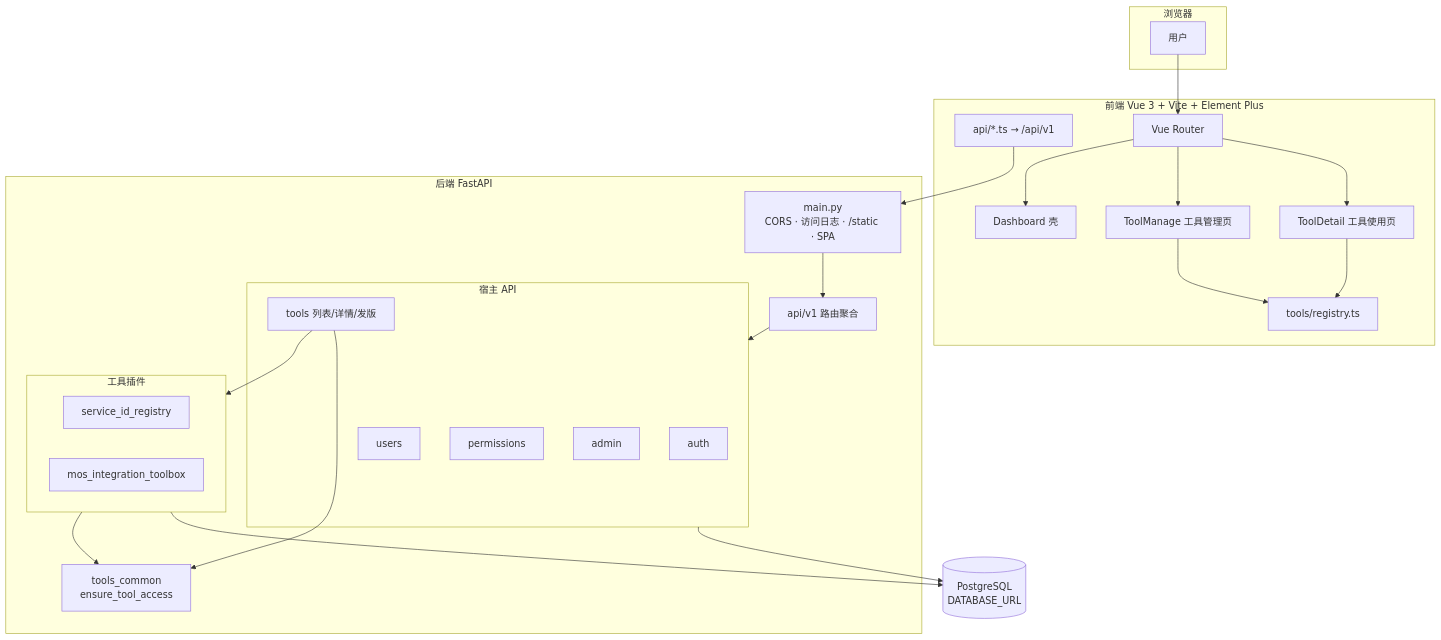
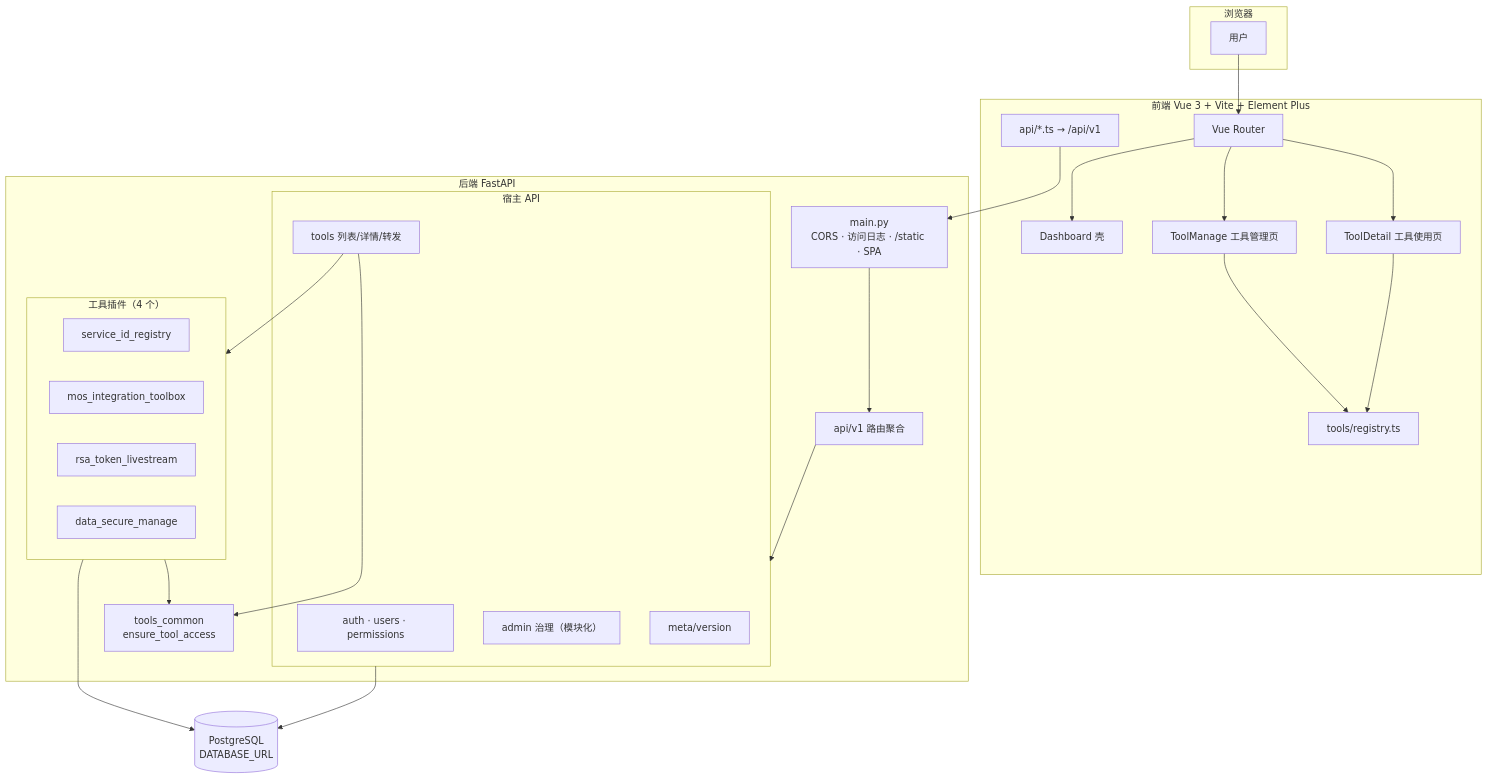
Before and after one commit to mjnn/Toolbox: the diagram in README.md, drawn with Mermaid. The commit also changed other lines of this file and 182 other files, not shown here.

````diff
--- a/README.md
+++ b/README.md
@@ -9,49 +26,50 @@
 ```mermaid
 flowchart TB
   subgraph Browser["浏览器"]
     U["用户"]
   end
 
   subgraph FE["前端 Vue 3 + Vite + Element Plus"]
     R["Vue Router"]
     D["Dashboard 壳"]
     TD["ToolDetail 工具使用页"]
     TM["ToolManage 工具管理页"]
     REG["tools/registry.ts"]
     APIF["api/*.ts → /api/v1"]
   end
 
   subgraph BE["后端 FastAPI"]
     M["main.py\nCORS · 访问日志 · /static · SPA"]
     AGG["api/v1 路由聚合"]
     subgraph HostAPI["宿主 API"]
-      AU["auth"]
-      US["users"]
-      TL["tools 列表/详情/发版"]
-      PM["permissions"]
-      AD["admin"]
+      AU["auth · users · permissions"]
+      TL["tools 列表/详情/转发"]
+      AD["admin 治理（模块化）"]
+      VM["meta/version"]
     end
     TC["tools_common\nensure_tool_access"]
-    subgraph Plugins["工具插件"]
+    subgraph Plugins["工具插件（4 个）"]
       P1["service_id_registry"]
       P2["mos_integration_toolbox"]
+      P3["rsa_token_livestream"]
+      P4["data_secure_manage"]
     end
   end
 
   PG[("PostgreSQL\nDATABASE_URL")]
 
   U --> R
   R --> D
   R --> TD
   R --> TM
   TD --> REG
   TM --> REG
   APIF --> M
   M --> AGG
   AGG --> HostAPI
   TL --> TC
   TL --> Plugins
   Plugins --> TC
   HostAPI --> PG
   Plugins --> PG
 ```
````
